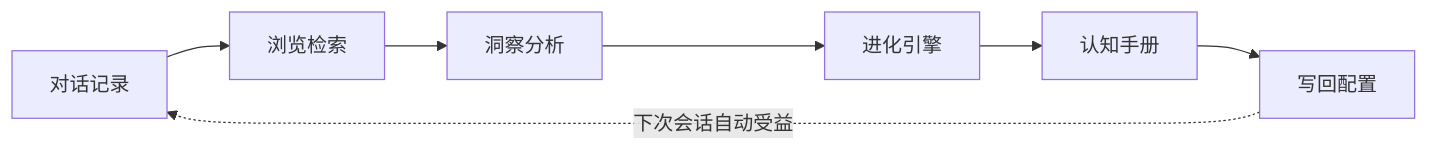
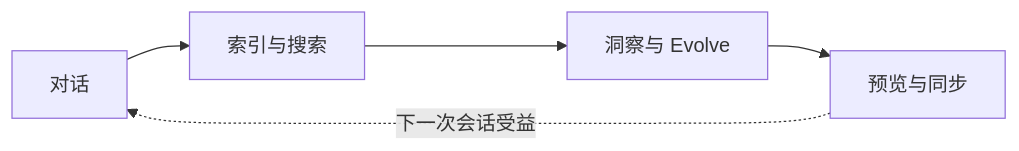
One commit to QuantaAlpha/Distill_Yourself changed the diagram in README.md. Above: the diagram before and after it, drawn with Mermaid. The commit also changed other lines of this file and 1 other file, not shown here.

````diff
--- a/README.md
+++ b/README.md
@@ -65,9 +144,7 @@
 ```mermaid
 flowchart LR
-    A[对话记录] --> B[浏览检索]
-    B --> C[洞察分析]
-    C --> D[进化引擎]
-    D --> E[认知手册]
-    E --> F[写回配置]
-    F -.->|下次会话自动受益| A
+    A[对话] --> B[索引与搜索]
+    B --> C[洞察与 Evolve]
+    C --> D[预览与同步]
+    D -.->|下一次会话受益| A
 ```
````
